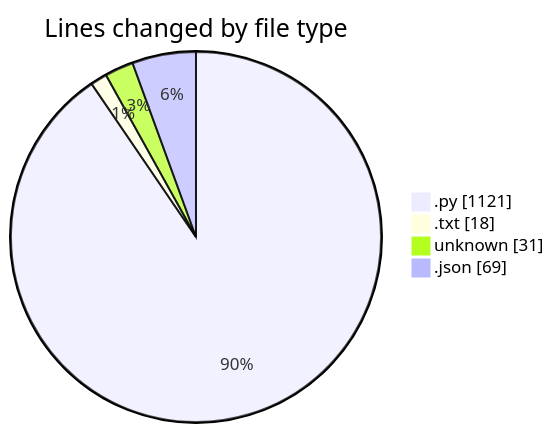
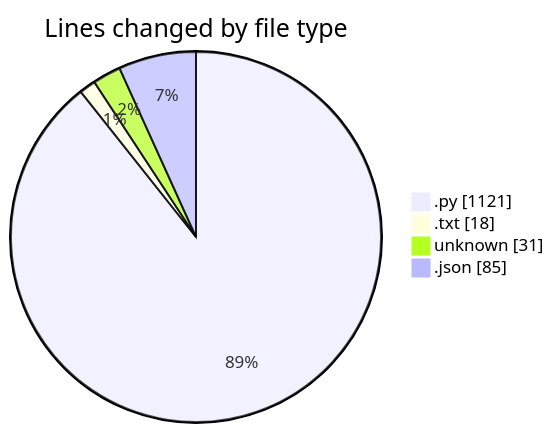
One commit to Unknowalive/code-tracking changed the first of 2 diagrams in 2026-07-03/researchlens/README.md. Above: the diagram before and after it, drawn with Mermaid. The commit also changed other lines of this file and 1 other file, not shown here.

````diff
--- a/2026-07-03/researchlens/README.md
+++ b/2026-07-03/researchlens/README.md
@@ -34,8 +35,8 @@
 ```mermaid
 pie showData
 title Lines changed by file type
 ".py" : 1121
 ".txt" : 18
 "unknown" : 31
-".json" : 69
+".json" : 85
 ```
````
